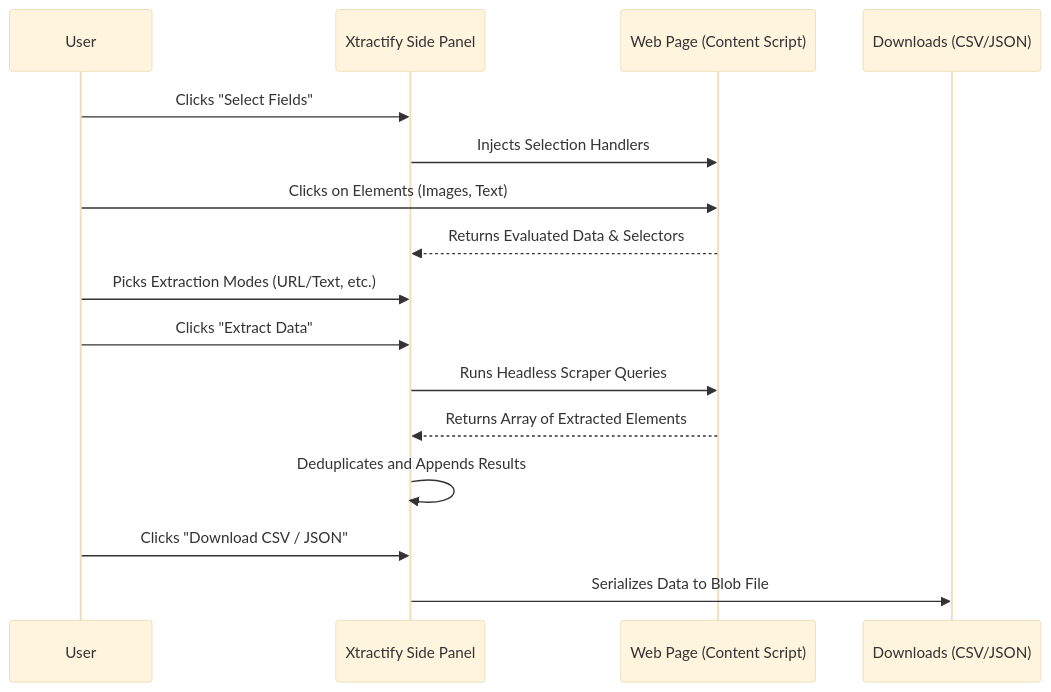
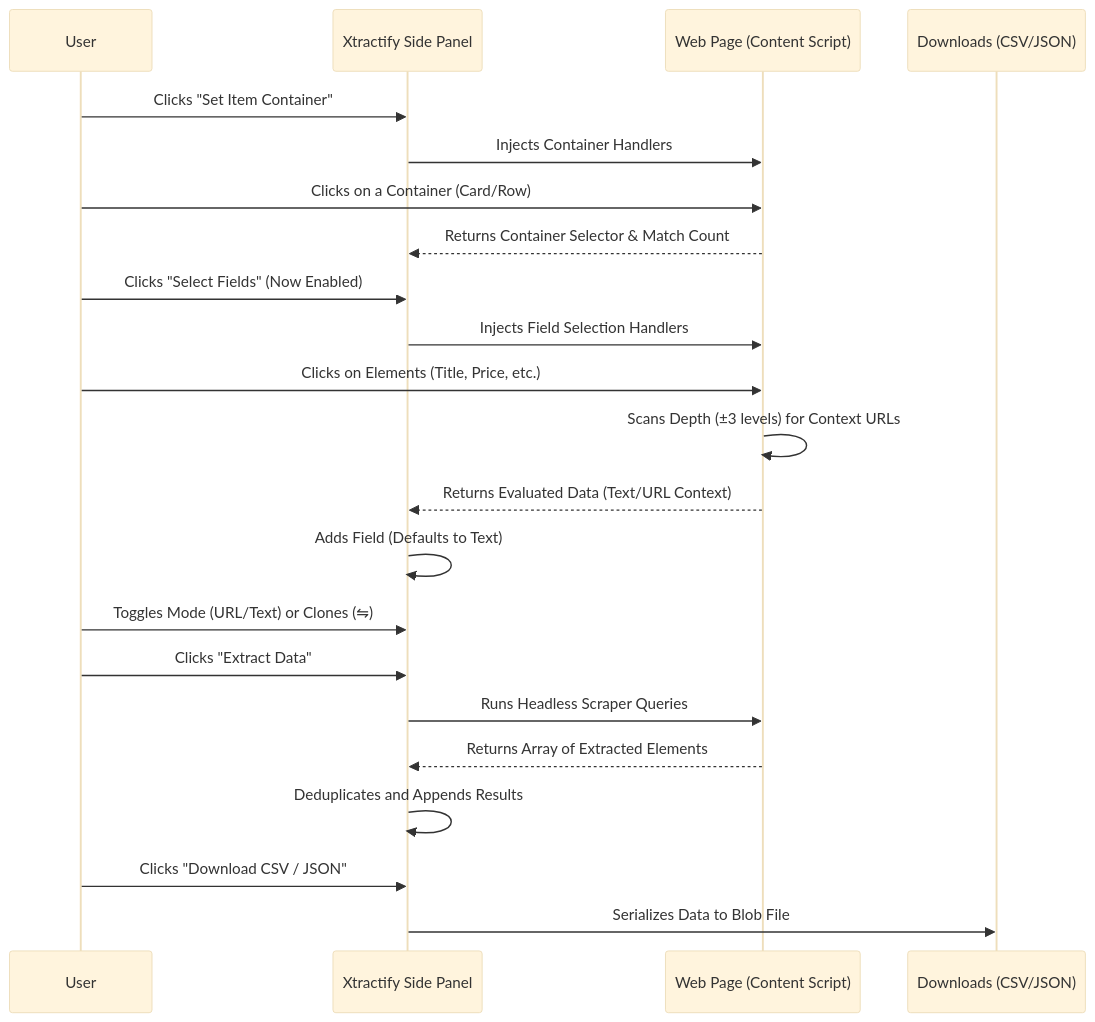
One commit to lwshakib/xtractify-web-scraping-extension changed the diagram in README.md. Above: the diagram before and after it, drawn with Mermaid (base theme). The commit also changed other lines of this file and 5 other files, not shown here.

Commit message:
feat: implement core web scraping logic and side panel UI for element selection and data extraction

````diff
--- a/README.md
+++ b/README.md
@@ -23,19 +28,25 @@
 ```mermaid
 sequenceDiagram
     participant User
     participant SidePanel as Xtractify Side Panel
     participant ContentScript as Web Page (Content Script)
     participant Output as Downloads (CSV/JSON)
 
-    User->>SidePanel: Clicks "Select Fields"
-    SidePanel->>ContentScript: Injects Selection Handlers
-    User->>ContentScript: Clicks on Elements (Images, Text)
-    ContentScript-->>SidePanel: Returns Evaluated Data & Selectors
-    User->>SidePanel: Picks Extraction Modes (URL/Text, etc.)
+    User->>SidePanel: Clicks "Set Item Container"
+    SidePanel->>ContentScript: Injects Container Handlers
+    User->>ContentScript: Clicks on a Container (Card/Row)
+    ContentScript-->>SidePanel: Returns Container Selector & Match Count
+    User->>SidePanel: Clicks "Select Fields" (Now Enabled)
+    SidePanel->>ContentScript: Injects Field Selection Handlers
+    User->>ContentScript: Clicks on Elements (Title, Price, etc.)
+    ContentScript->>ContentScript: Scans Depth (±3 levels) for Context URLs
+    ContentScript-->>SidePanel: Returns Evaluated Data (Text/URL Context)
+    SidePanel->>SidePanel: Adds Field (Defaults to Text)
+    User->>SidePanel: Toggles Mode (URL/Text) or Clones (⇋)
     User->>SidePanel: Clicks "Extract Data"
     SidePanel->>ContentScript: Runs Headless Scraper Queries
     ContentScript-->>SidePanel: Returns Array of Extracted Elements
     SidePanel->>SidePanel: Deduplicates and Appends Results
     User->>SidePanel: Clicks "Download CSV / JSON"
     SidePanel->>Output: Serializes Data to Blob File
 ```
````
